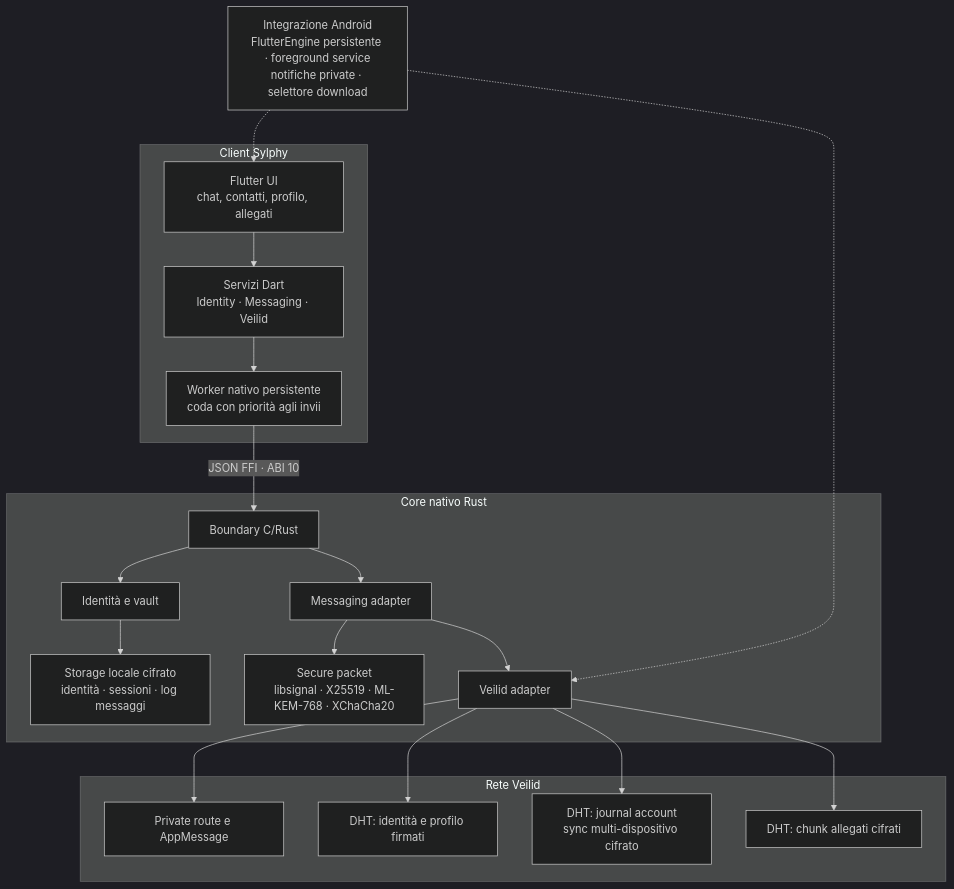
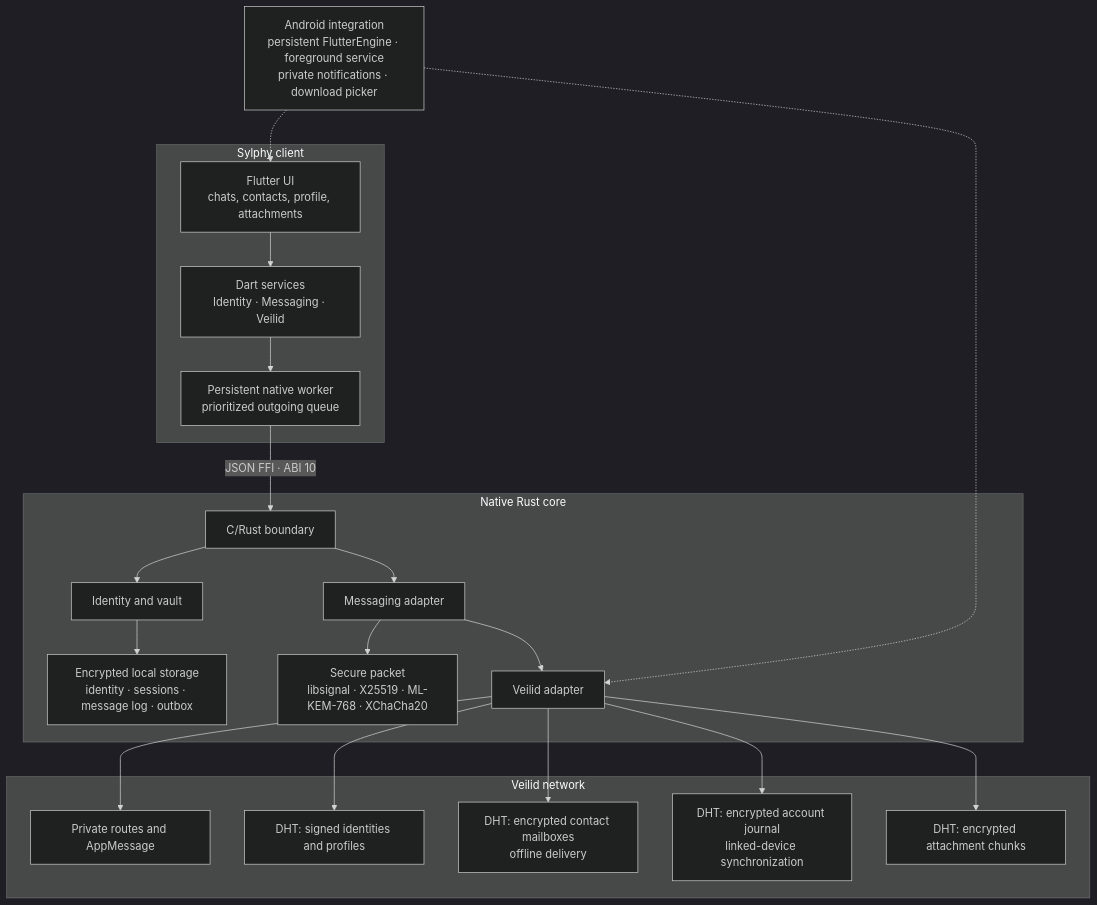
The diagram in README.md (ImHisako/Sylphy), drawn with Mermaid (dark theme) before and after one commit. The commit also changed other lines of this file and 56 other files, not shown here.

````diff
--- a/README.md
+++ b/README.md
@@ -91,30 +85,31 @@
 ```mermaid
 flowchart TB
-    subgraph Client["Client Sylphy"]
-        UI["Flutter UI\nchat, contatti, profilo, allegati"]
-        DS["Servizi Dart\nIdentity · Messaging · Veilid"]
-        BG["Worker nativo persistente\ncoda con priorità agli invii"]
+    subgraph Client["Sylphy client"]
+        UI["Flutter UI\nchats, contacts, profile, attachments"]
+        DS["Dart services\nIdentity · Messaging · Veilid"]
+        BG["Persistent native worker\nprioritized outgoing queue"]
         UI --> DS --> BG
     end
 
-    BG -->|"JSON FFI · ABI 10"| FFI["Boundary C/Rust"]
+    BG -->|"JSON FFI · ABI 10"| FFI["C/Rust boundary"]
 
-    subgraph Core["Core nativo Rust"]
-        FFI --> ID["Identità e vault"]
+    subgraph Core["Native Rust core"]
+        FFI --> ID["Identity and vault"]
         FFI --> MSG["Messaging adapter"]
         MSG --> CRYPTO["Secure packet\nlibsignal · X25519 · ML-KEM-768 · XChaCha20"]
         MSG --> VA["Veilid adapter"]
-        ID --> LOCAL["Storage locale cifrato\nidentità · sessioni · log messaggi"]
+        ID --> LOCAL["Encrypted local storage\nidentity · sessions · message log · outbox"]
     end
 
-    subgraph Network["Rete Veilid"]
-        VA --> ROUTE["Private route e AppMessage"]
-        VA --> DHTID["DHT: identità e profilo firmati"]
-        VA --> MAIL["DHT: journal account\nsync multi-dispositivo cifrato"]
-        VA --> FILES["DHT: chunk allegati cifrati"]
+    subgraph Network["Veilid network"]
+        VA --> ROUTE["Private routes and AppMessage"]
+        VA --> DHTID["DHT: signed identities and profiles"]
+        VA --> PEERMAIL["DHT: encrypted contact mailboxes\noffline delivery"]
+        VA --> MAIL["DHT: encrypted account journal\nlinked-device synchronization"]
+        VA --> FILES["DHT: encrypted attachment chunks"]
     end
 
-    ANDROID["Integrazione Android\nFlutterEngine persistente · foreground service\nnotifiche private · selettore download"]
+    ANDROID["Android integration\npersistent FlutterEngine · foreground service\nprivate notifications · download picker"]
     ANDROID -.-> UI
     ANDROID -.-> VA
 ```
````
